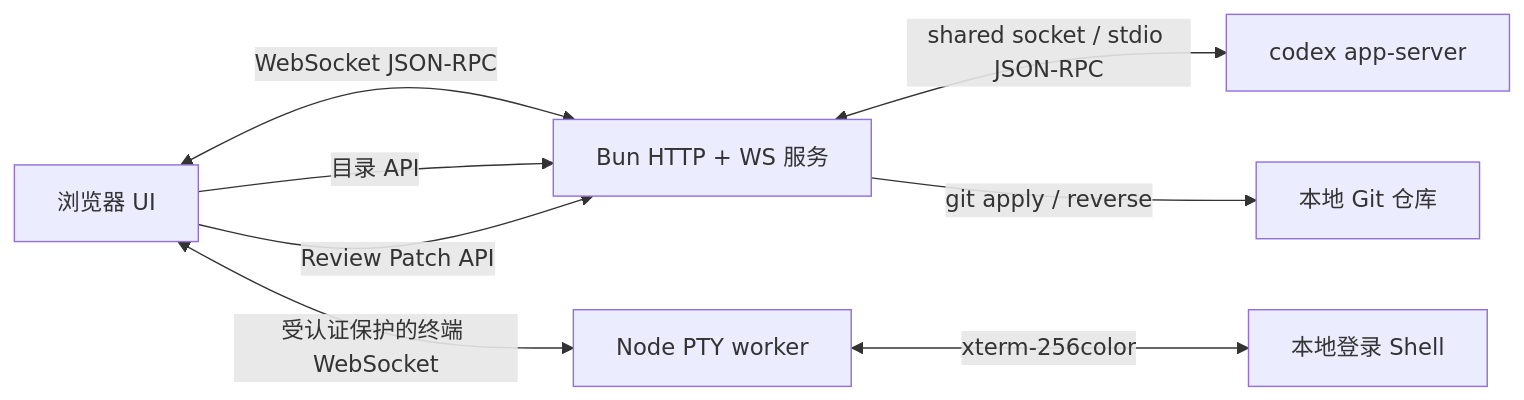
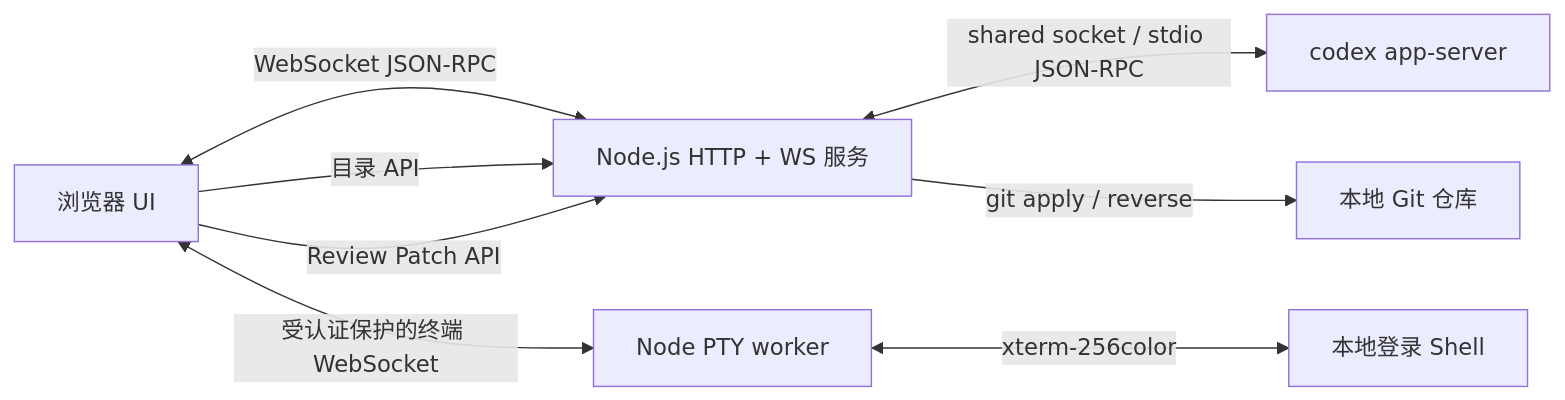
Before and after one commit to trah01/codex-cli-webui: the diagram in README-zh.md, drawn with Mermaid. The commit also changed other lines of this file and 66 other files, not shown here.

````diff
--- a/README-zh.md
+++ b/README-zh.md
@@ -177,10 +176,10 @@
 ```mermaid
 flowchart LR
-    Browser[浏览器 UI] <-->|WebSocket JSON-RPC| Server[Bun HTTP + WS 服务]
+    Browser[浏览器 UI] <-->|WebSocket JSON-RPC| Server[Node.js HTTP + WS 服务]
     Server <-->|shared socket / stdio JSON-RPC| Codex[codex app-server]
     Browser <-->|受认证保护的终端 WebSocket| PTY[Node PTY worker]
     PTY <-->|xterm-256color| Shell[本地登录 Shell]
     Browser -->|目录 API| Server
     Browser -->|Review Patch API| Server
     Server -->|git apply / reverse| Repo[本地 Git 仓库]
 ```
````
